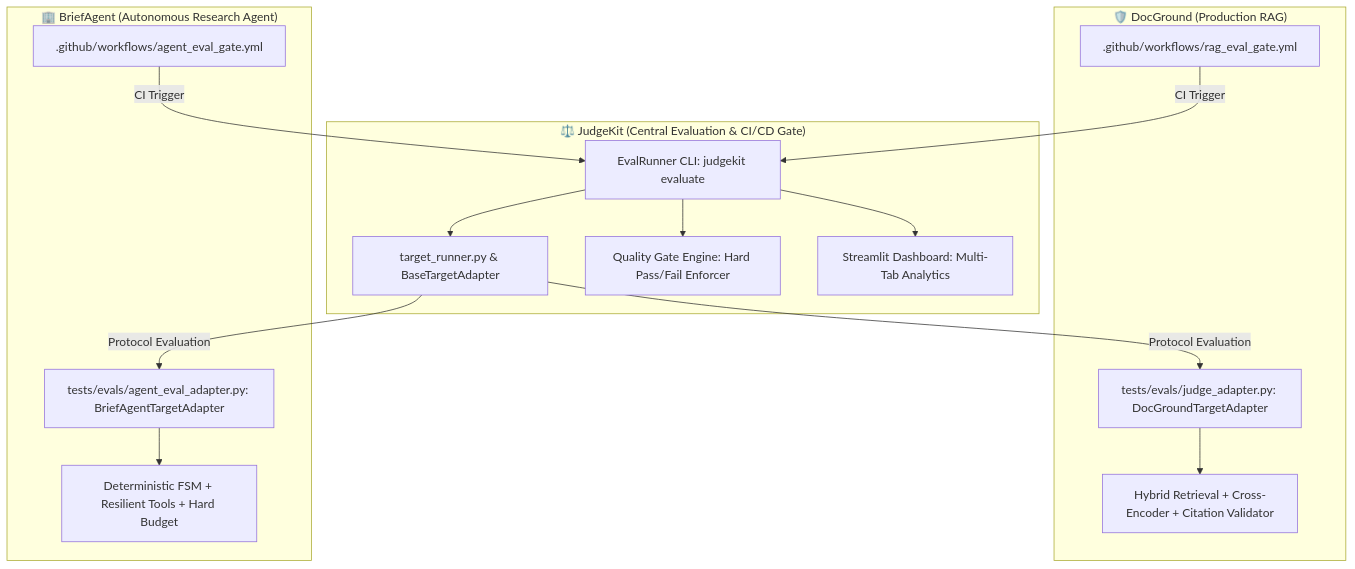
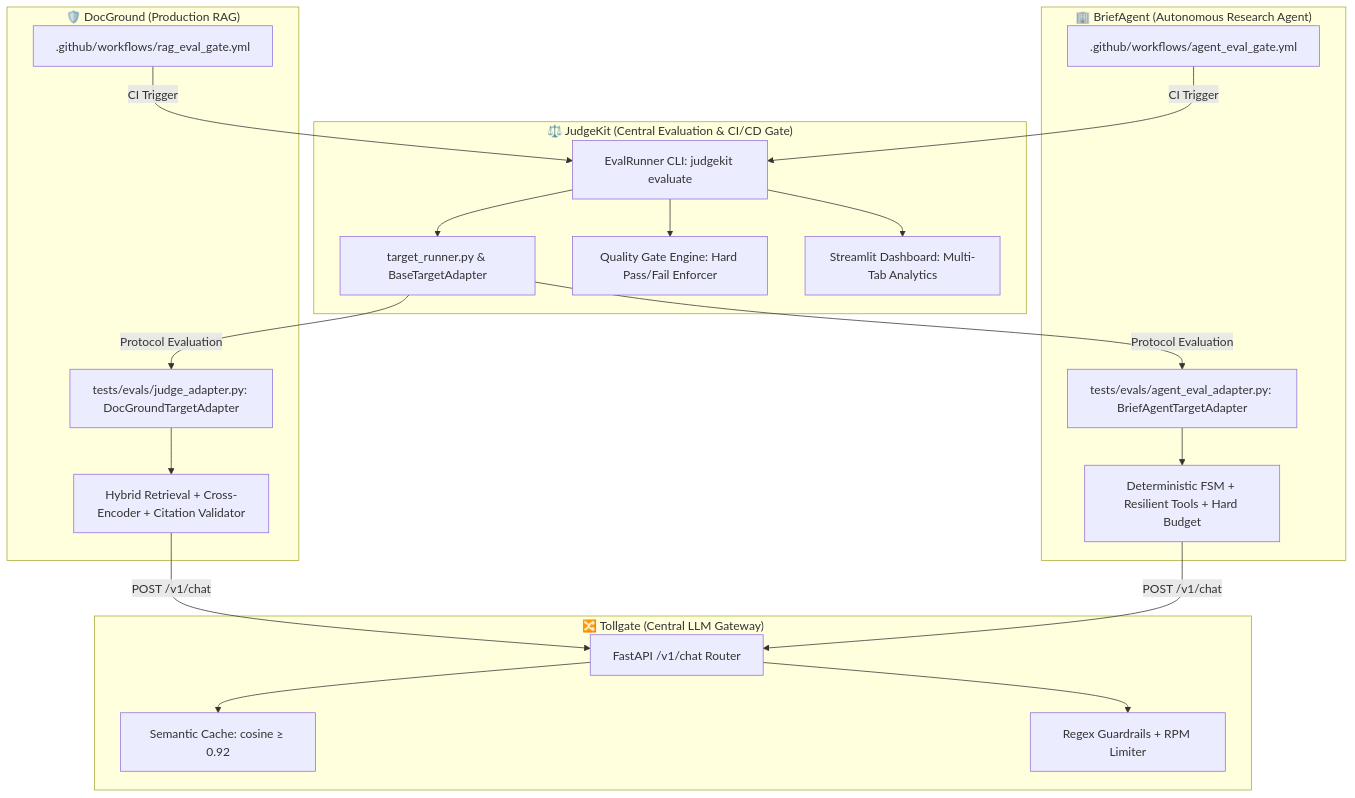
Before and after one commit to Devilynpl/TheJudge: the diagram in README.md, drawn with Mermaid. The commit also changed other lines of this file and 1 other file, not shown here.

Commit message:
fix(docker): copy README.md and src/ before pip install; add Tollgate to ecosystem docs; expand mermaid diagram

````diff
--- a/README.md
+++ b/README.md
@@ -44,31 +44,41 @@
 ```mermaid
 flowchart TD
+    subgraph Gateway ["🔀 Tollgate (Central LLM Gateway)"]
+        TGRoute[FastAPI /v1/chat Router]
+        TGCache[Semantic Cache: cosine ≥ 0.92]
+        TGGuard[Regex Guardrails + RPM Limiter]
+    end
+
     subgraph Central_LLMOps ["⚖️ JudgeKit (Central Evaluation & CI/CD Gate)"]
         JTarget[target_runner.py & BaseTargetAdapter]
         JRunner[EvalRunner CLI: judgekit evaluate]
         JGate[Quality Gate Engine: Hard Pass/Fail Enforcer]
         JDash[Streamlit Dashboard: Multi-Tab Analytics]
     end
 
     subgraph RAG_App ["🛡️ DocGround (Production RAG)"]
         DGEngine[Hybrid Retrieval + Cross-Encoder + Citation Validator]
         DGAdapter[tests/evals/judge_adapter.py: DocGroundTargetAdapter]
         DGGate[.github/workflows/rag_eval_gate.yml]
     end
 
     subgraph Agent_App ["🏢 BriefAgent (Autonomous Research Agent)"]
         BAEngine[Deterministic FSM + Resilient Tools + Hard Budget]
         BAAdapter[tests/evals/agent_eval_adapter.py: BriefAgentTargetAdapter]
         BAGate[.github/workflows/agent_eval_gate.yml]
     end
 
+    DGEngine -->|POST /v1/chat| TGRoute
+    BAEngine -->|POST /v1/chat| TGRoute
+    TGRoute --> TGCache
+    TGRoute --> TGGuard
     DGGate -->|CI Trigger| JRunner
     BAGate -->|CI Trigger| JRunner
     JRunner --> JTarget
     JTarget -->|Protocol Evaluation| DGAdapter
     JTarget -->|Protocol Evaluation| BAAdapter
     DGAdapter --> DGEngine
     BAAdapter --> BAEngine
     JRunner --> JGate
     JRunner --> JDash
 ```
````
